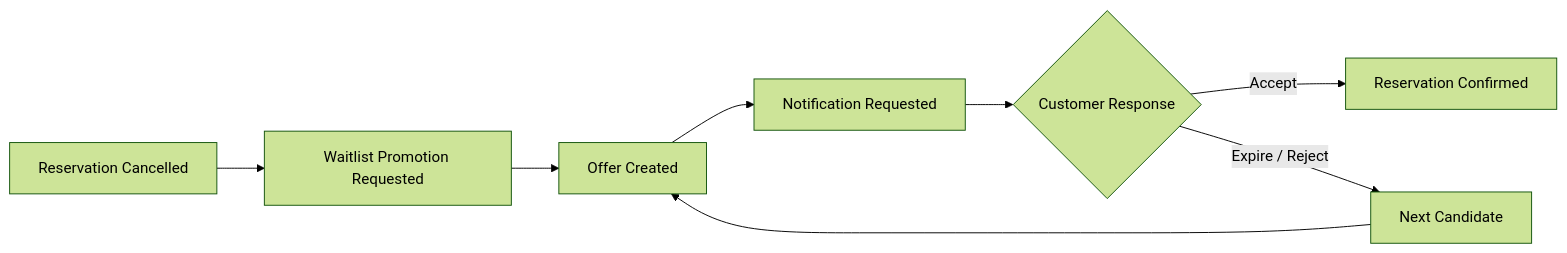
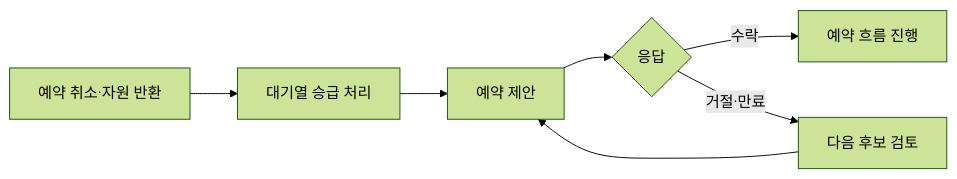
One commit to krestar/slotq changed the first of 2 diagrams in README.md. Above: the diagram before and after it, drawn with Mermaid (forest theme). The commit also changed other lines of this file, not shown here.

````diff
--- a/README.md
+++ b/README.md
@@ -111,10 +46,9 @@
 ```mermaid
 flowchart LR
-    A[Reservation Cancelled] --> B[Waitlist Promotion Requested]
-    B --> C[Offer Created]
-    C --> D[Notification Requested]
-    D --> E{Customer Response}
-    E -->|Accept| F[Reservation Confirmed]
-    E -->|Expire / Reject| G[Next Candidate]
-    G --> C
+    A["예약 취소·자원 반환"] --> B["대기열 승급 처리"]
+    B --> C["예약 제안"]
+    C --> D{"응답"}
+    D -->|수락| E["예약 흐름 진행"]
+    D -->|거절·만료| F["다음 후보 검토"]
+    F --> C
 ```
````
